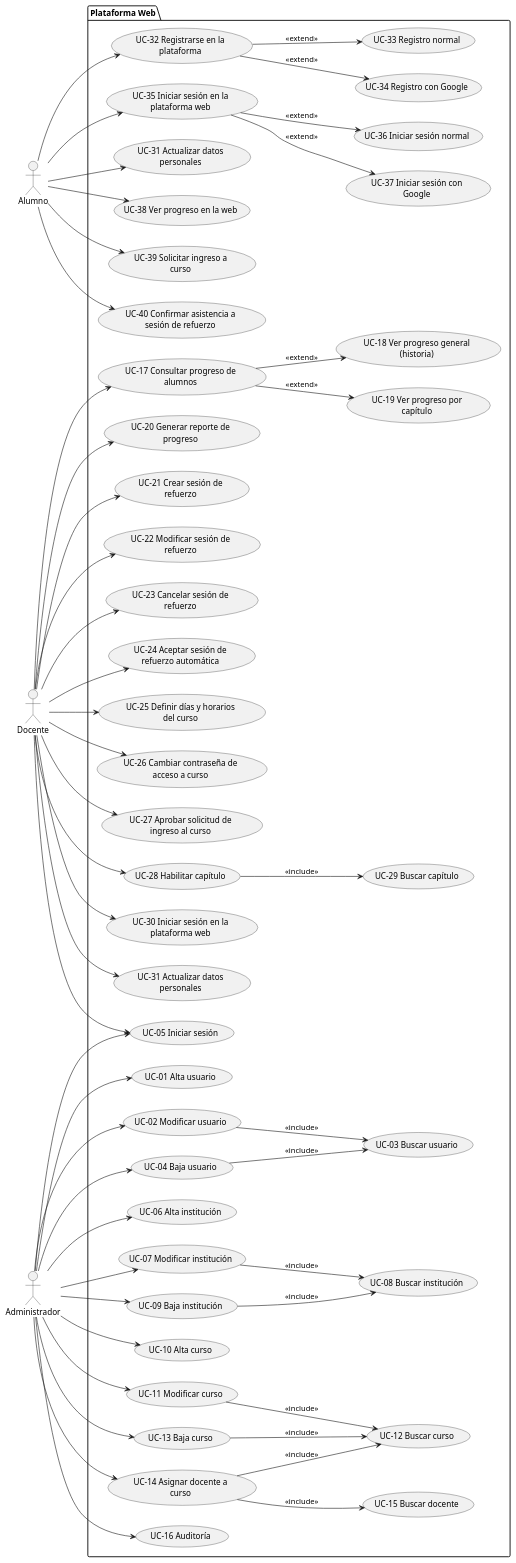
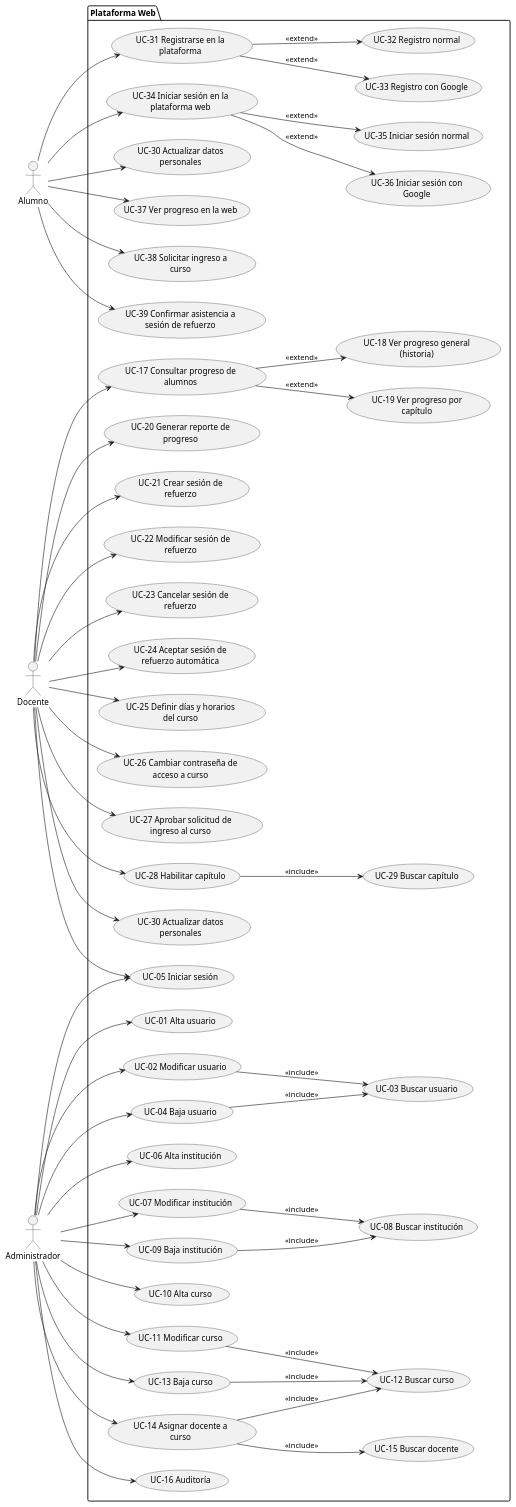
The diagram in docs/diagramas/dcu-web.puml (francoalbornoz2002/ASC-ProyectoAlgoritmia-TrabajoFinal), drawn with PlantUML before and after one commit. The commit also changed 6 other files, not shown here.

```diff
--- a/docs/diagramas/dcu-web.puml
+++ b/docs/diagramas/dcu-web.puml
@@ -1,114 +1,112 @@
 @startuml Web_CU
 left to right direction
 
 skinparam usecasePadding 15
 skinparam actorPadding 15
 skinparam wrapWidth 200
 
 actor Alumno
 actor Docente
 actor Administrador
 
 package "Plataforma Web" {
   'Casos de uso del Alumno
-  usecase "UC-32 Registrarse en la plataforma" as UC32
-  usecase "UC-33 Registro normal" as UC33
-  usecase "UC-34 Registro con Google" as UC34
-  usecase "UC-35 Iniciar sesión en la plataforma web" as UC35
-  usecase "UC-36 Iniciar sesión normal" as UC36
-  usecase "UC-37 Iniciar sesión con Google" as UC37
-  usecase "UC-31 Actualizar datos personales" as UC31_A
-  usecase "UC-38 Ver progreso en la web" as UC38
-  usecase "UC-39 Solicitar ingreso a curso" as UC39
-  usecase "UC-40 Confirmar asistencia a sesión de refuerzo" as UC40
+  usecase "UC-31 Registrarse en la plataforma" as UC31
+  usecase "UC-32 Registro normal" as UC32
+  usecase "UC-33 Registro con Google" as UC33
+  usecase "UC-34 Iniciar sesión en la plataforma web" as UC34
+  usecase "UC-35 Iniciar sesión normal" as UC35
+  usecase "UC-36 Iniciar sesión con Google" as UC36
+  usecase "UC-30 Actualizar datos personales" as UC30_A
+  usecase "UC-37 Ver progreso en la web" as UC37
+  usecase "UC-38 Solicitar ingreso a curso" as UC38
+  usecase "UC-39 Confirmar asistencia a sesión de refuerzo" as UC39
 
   'Casos de uso del Docente
   usecase "UC-17 Consultar progreso de alumnos" as UC17
   usecase "UC-18 Ver progreso general (historia)" as UC18
   usecase "UC-19 Ver progreso por capítulo" as UC19
   usecase "UC-20 Generar reporte de progreso" as UC20
   usecase "UC-21 Crear sesión de refuerzo" as UC21
   usecase "UC-22 Modificar sesión de refuerzo" as UC22
   usecase "UC-23 Cancelar sesión de refuerzo" as UC23
   usecase "UC-24 Aceptar sesión de refuerzo automática" as UC24
   usecase "UC-25 Definir días y horarios del curso" as UC25
   usecase "UC-26 Cambiar contraseña de acceso a curso" as UC26
   usecase "UC-27 Aprobar solicitud de ingreso al curso" as UC27
   usecase "UC-28 Habilitar capítulo" as UC28
   usecase "UC-29 Buscar capítulo" as UC29
-  usecase "UC-30 Iniciar sesión en la plataforma web" as UC30
-  usecase "UC-31 Actualizar datos personales" as UC31_D
+  usecase "UC-30 Actualizar datos personales" as UC30_D
   usecase "UC-05 Iniciar sesión" as UC05
 
   'Casos de uso del Administrador
   usecase "UC-01 Alta usuario" as UC01
   usecase "UC-02 Modificar usuario" as UC02
   usecase "UC-03 Buscar usuario" as UC03
   usecase "UC-04 Baja usuario" as UC04
   usecase "UC-06 Alta institución" as UC06
   usecase "UC-07 Modificar institución" as UC07
   usecase "UC-08 Buscar institución" as UC08
   usecase "UC-09 Baja institución" as UC09
   usecase "UC-10 Alta curso" as UC10
   usecase "UC-11 Modificar curso" as UC11
   usecase "UC-12 Buscar curso" as UC12
   usecase "UC-13 Baja curso" as UC13
   usecase "UC-14 Asignar docente a curso" as UC14
   usecase "UC-15 Buscar docente" as UC15
   usecase "UC-16 Auditoría" as UC16
 }
 
 ' Conexiones de Administrador
 Administrador --> UC01
 Administrador --> UC02
 UC02 --> UC03 : <<include>>
 Administrador --> UC04
 UC04 --> UC03 : <<include>>
 Administrador --> UC05
 Administrador --> UC06
 Administrador --> UC07
 UC07 --> UC08 : <<include>>
 Administrador --> UC09
 UC09 --> UC08 : <<include>>
 Administrador --> UC10
 Administrador --> UC11
 UC11 --> UC12 : <<include>>
 Administrador --> UC13
 UC13 --> UC12 : <<include>>
 Administrador --> UC14
 UC14 --> UC15 : <<include>>
 UC14 --> UC12 : <<include>>
 Administrador --> UC16
 
 ' Conexiones de Alumno
-Alumno --> UC32
-UC32 --> UC33 : <<extend>>
-UC32 --> UC34 : <<extend>>
-Alumno --> UC35
-UC35 --> UC36 : <<extend>>
-UC35 --> UC37 : <<extend>>
-Alumno --> UC31_A
+Alumno --> UC31
+UC31 --> UC32 : <<extend>>
+UC31 --> UC33 : <<extend>>
+Alumno --> UC34
+UC34 --> UC35 : <<extend>>
+UC34 --> UC36 : <<extend>>
+Alumno --> UC30_A
+Alumno --> UC37
 Alumno --> UC38
 Alumno --> UC39
-Alumno --> UC40
 
 ' Conexiones de Docente
 Docente --> UC17
 UC17 --> UC18 : <<extend>>
 UC17 --> UC19 : <<extend>>
 Docente --> UC20
 Docente --> UC21
 Docente --> UC22
 Docente --> UC23
 Docente --> UC24
 Docente --> UC25
 Docente --> UC26
 Docente --> UC27
 Docente --> UC28
 UC28 --> UC29 : <<include>>
-Docente --> UC30
-Docente --> UC31_D
+Docente --> UC30_D
 Docente --> UC05
 
 
 @enduml
```
